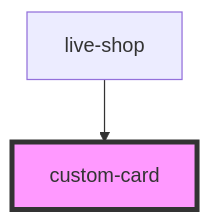
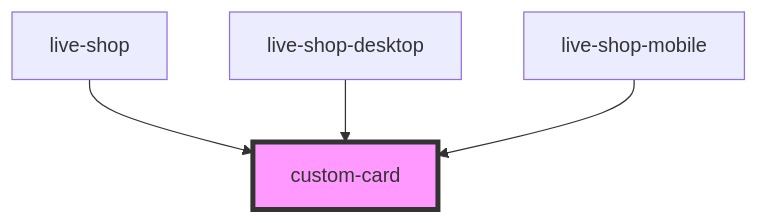
Before and after one commit to commerce-suite/storefront-components: the diagram in src/components/ui/custom-card/readme.md, drawn with Mermaid. The commit also changed other lines of this file and 14 other files, not shown here.

Commit message:
refactor: criação de componentes separados para visualização mobile/desktop

````diff
--- a/src/components/ui/custom-card/readme.md
+++ b/src/components/ui/custom-card/readme.md
@@ -31,5 +33,7 @@
 ```mermaid
 graph TD;
   live-shop --> custom-card
+  live-shop-desktop --> custom-card
+  live-shop-mobile --> custom-card
   style custom-card fill:#f9f,stroke:#333,stroke-width:4px
 ```
````
